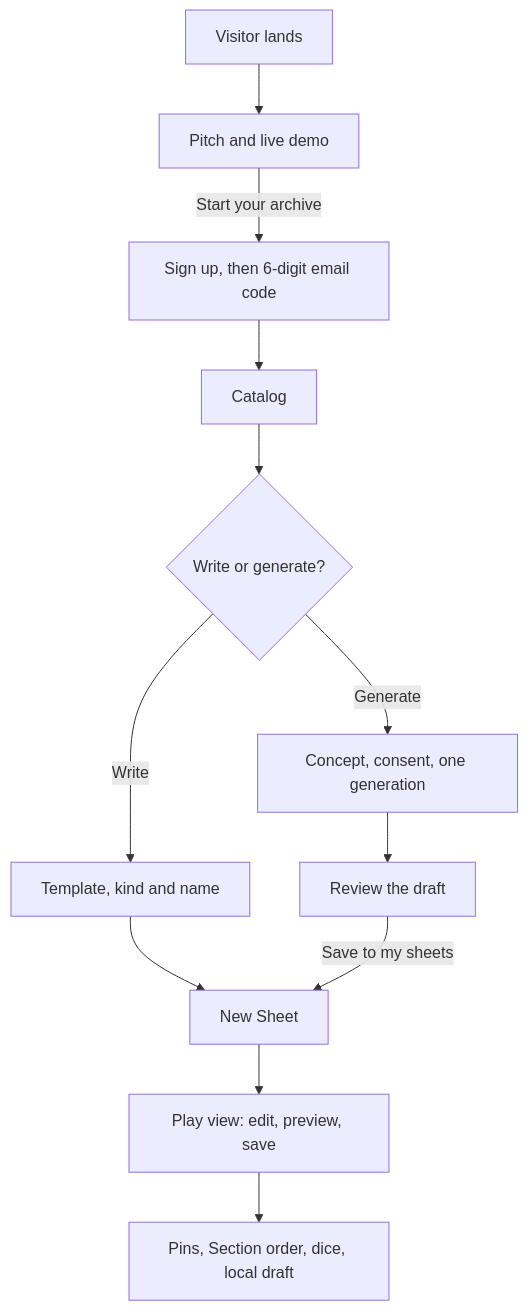
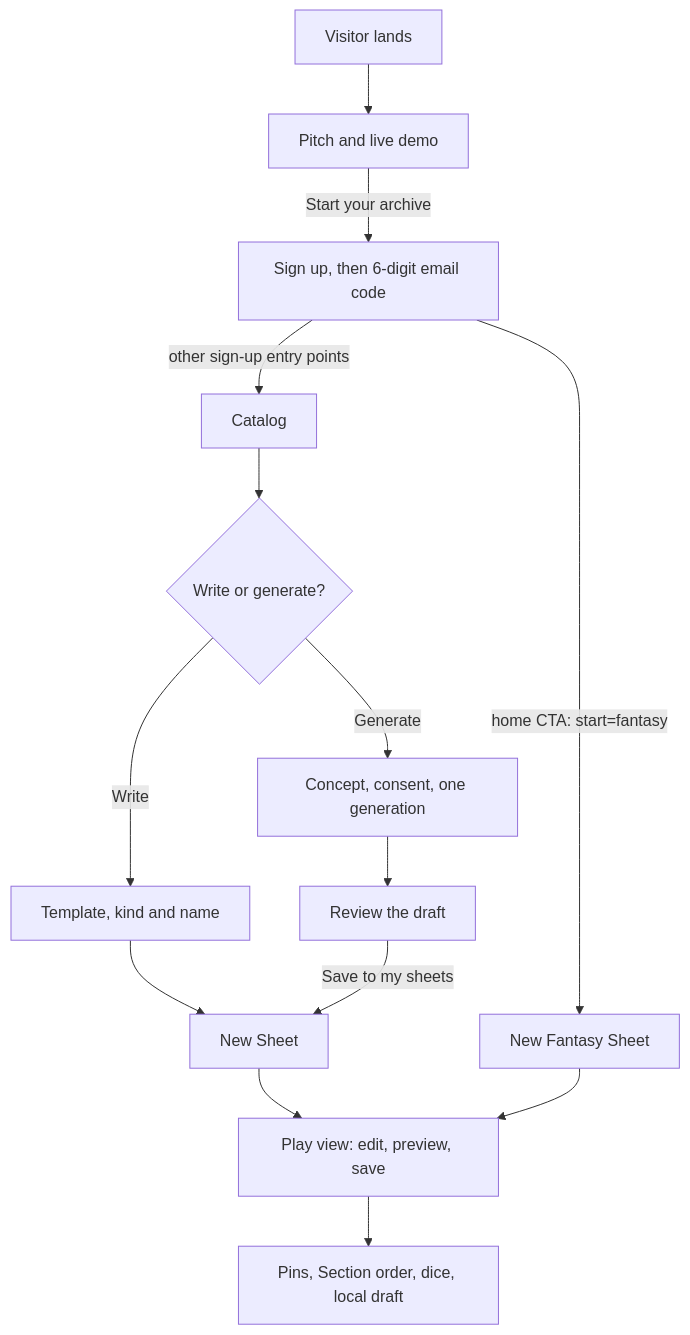
One commit to paulo-valleriote/legnaris changed the first of 2 diagrams in context/product.md. Above: the diagram before and after it, drawn with Mermaid. The commit also changed other lines of this file and 12 other files, not shown here.

Commit message:
LGN-350: Land home sign-ups on a new Fantasy sheet

````diff
--- a/context/product.md
+++ b/context/product.md
@@ -47,14 +47,16 @@
 ```mermaid
 flowchart TD
   A[Visitor lands] --> B[Pitch and live demo]
   B -->|Start your archive| C[Sign up, then 6-digit email code]
-  C --> D[Catalog]
+  C -->|home CTA: start=fantasy| N[New Fantasy Sheet]
+  C -->|other sign-up entry points| D[Catalog]
   D --> E{Write or generate?}
   E -->|Write| F[Template, kind and name]
   E -->|Generate| G[Concept, consent, one generation]
   G --> H[Review the draft]
   F --> I[New Sheet]
   H -->|Save to my sheets| I
   I --> J[Play view: edit, preview, save]
+  N --> J
   J --> K[Pins, Section order, dice, local draft]
 ```
````
